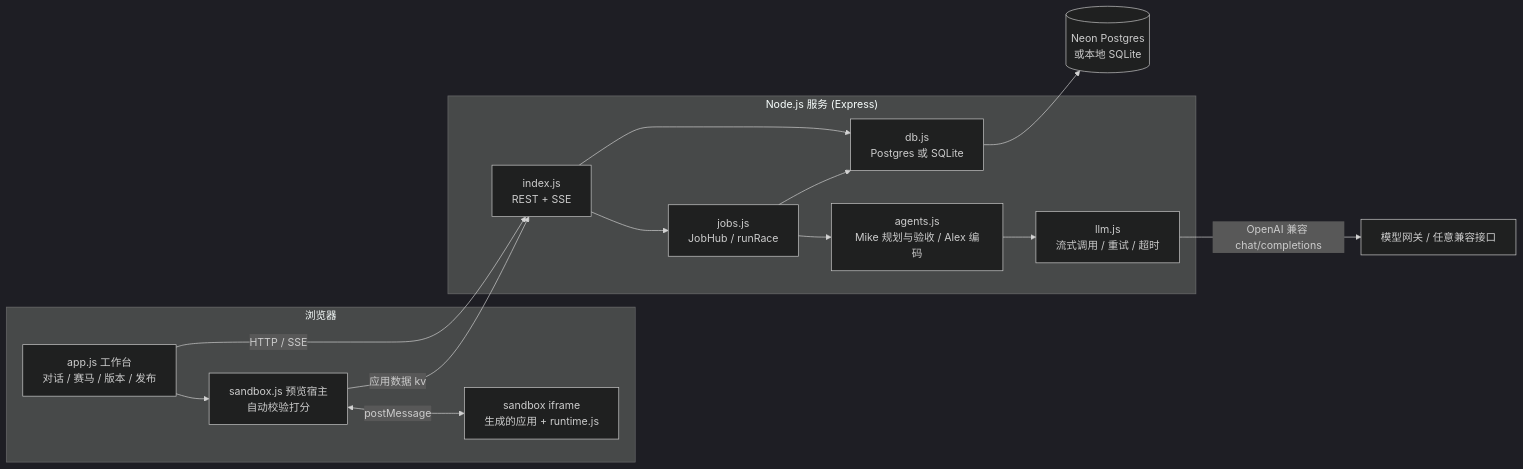
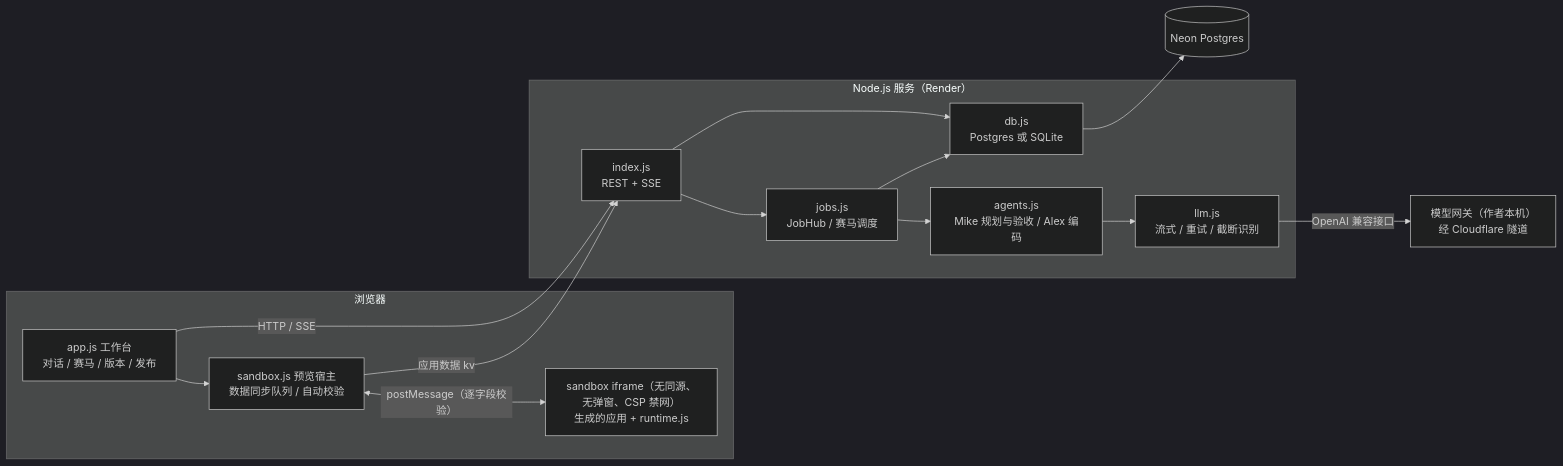
Before and after one commit to dong161/atoms-demo: the diagram in README.md, drawn with Mermaid (dark theme). The commit also changed other lines of this file, not shown here.

````diff
--- a/README.md
+++ b/README.md
@@ -39,24 +42,24 @@
 ```mermaid
 flowchart LR
   subgraph Browser["浏览器"]
     UI["app.js 工作台<br/>对话 / 赛马 / 版本 / 发布"]
-    Host["sandbox.js 预览宿主<br/>自动校验打分"]
-    Frame["sandbox iframe<br/>生成的应用 + runtime.js"]
+    Host["sandbox.js 预览宿主<br/>数据同步队列 / 自动校验"]
+    Frame["sandbox iframe（无同源、无弹窗、CSP 禁网）<br/>生成的应用 + runtime.js"]
     UI --> Host
-    Host <-->|postMessage| Frame
+    Host <-->|postMessage（逐字段校验）| Frame
   end
-  subgraph Server["Node.js 服务 (Express)"]
+  subgraph Server["Node.js 服务（Render）"]
     API["index.js<br/>REST + SSE"]
-    Jobs["jobs.js<br/>JobHub / runRace"]
+    Jobs["jobs.js<br/>JobHub / 赛马调度"]
     Agents["agents.js<br/>Mike 规划与验收 / Alex 编码"]
-    LLM["llm.js<br/>流式调用 / 重试 / 超时"]
+    LLM["llm.js<br/>流式 / 重试 / 截断识别"]
     DB["db.js<br/>Postgres 或 SQLite"]
     API --> Jobs --> Agents --> LLM
     API --> DB
     Jobs --> DB
   end
   UI -->|HTTP / SSE| API
   Host -->|应用数据 kv| API
-  LLM -->|OpenAI 兼容 chat/completions| Model["模型网关 / 任意兼容接口"]
-  DB --> Store[("Neon Postgres<br/>或本地 SQLite")]
+  LLM -->|OpenAI 兼容接口| GW["模型网关（作者本机）<br/>经 Cloudflare 隧道"]
+  DB --> Store[("Neon Postgres")]
 ```
````
